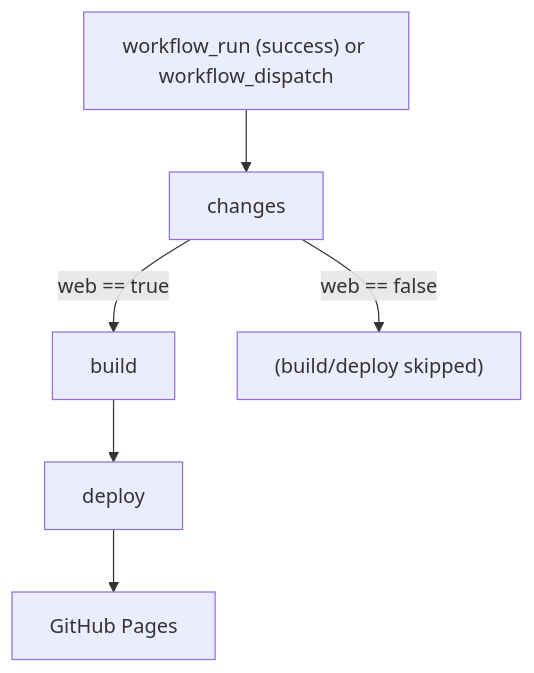
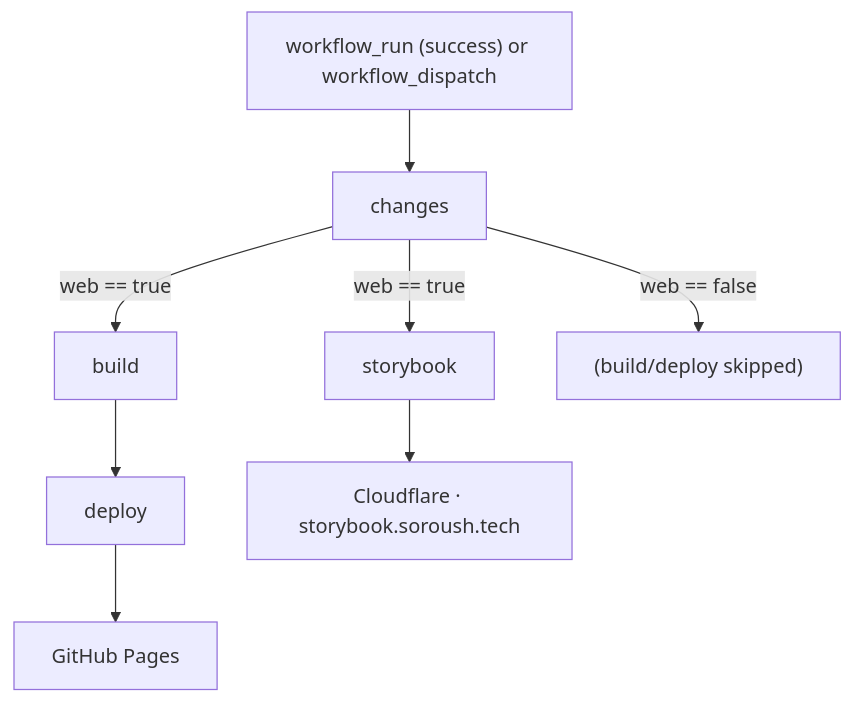
One commit to soroush-tech/core changed the diagram in .github/workflows/cd-web.md. Above: the diagram before and after it, drawn with Mermaid. The commit also changed other lines of this file and 7 other files, not shown here.

First line of the commit message:
refactor(CI): deploy Storybook to Cloudflare Pages instead of a Worker

````diff
--- a/.github/workflows/cd-web.md
+++ b/.github/workflows/cd-web.md
@@ -31,8 +33,10 @@
 ```mermaid
 flowchart TD
     trig["workflow_run (success) or workflow_dispatch"] --> changes
     changes -->|"web == true"| build
+    changes -->|"web == true"| storybook
     changes -->|"web == false"| skip["(build/deploy skipped)"]
     build --> deploy
     deploy --> pages["GitHub Pages"]
+    storybook --> cf["Cloudflare · storybook.soroush.tech"]
 ```
````
